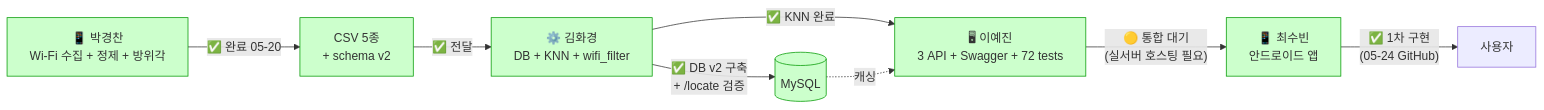
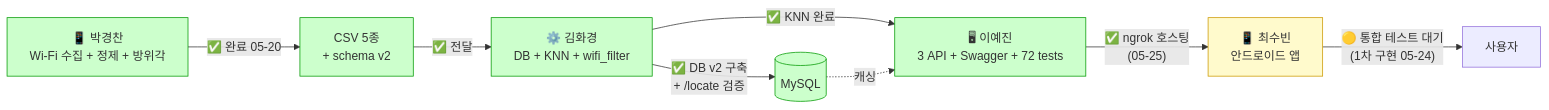
Before and after one commit to hwagyeong-a/subway-navigation-server: the diagram in docs/10-진행이력.md, drawn with Mermaid. The commit also changed other lines of this file and 3 other files, not shown here.

````diff
--- a/docs/10-진행이력.md
+++ b/docs/10-진행이력.md
@@ -312,23 +332,24 @@
 ```mermaid
 flowchart LR
     A["📱 박경찬<br/>Wi-Fi 수집 + 정제 + 방위각"]
     B[CSV 5종<br/>+ schema v2]
     C["⚙️ 김화경<br/>DB + KNN + wifi_filter"]
     D[(MySQL)]
     E["🖥 이예진<br/>3 API + Swagger + 72 tests"]
     F["📱 최수빈<br/>안드로이드 앱"]
     G[사용자]
 
     A -- "✅ 완료 05-20" --> B
     B -- "✅ 전달" --> C
     C -- "✅ DB v2 구축<br/>+ /locate 검증" --> D
     C -- "✅ KNN 완료" --> E
     D -. 캐싱 .-> E
-    E -- "🟡 통합 대기<br/>(실서버 호스팅 필요)" --> F
-    F -- "✅ 1차 구현<br/>(05-24 GitHub)" --> G
+    E -- "✅ ngrok 호스팅<br/>(05-25)" --> F
+    F -- "🟡 통합 테스트 대기<br/>(1차 구현 05-24)" --> G
 
     classDef done fill:#ccffcc,stroke:#009900
     classDef wip fill:#fffacc,stroke:#cc9900
     classDef wait fill:#eeeeee,stroke:#999999
-    class A,B,C,D,E,F done
+    class A,B,C,D,E done
+    class F wip
 ```
````
